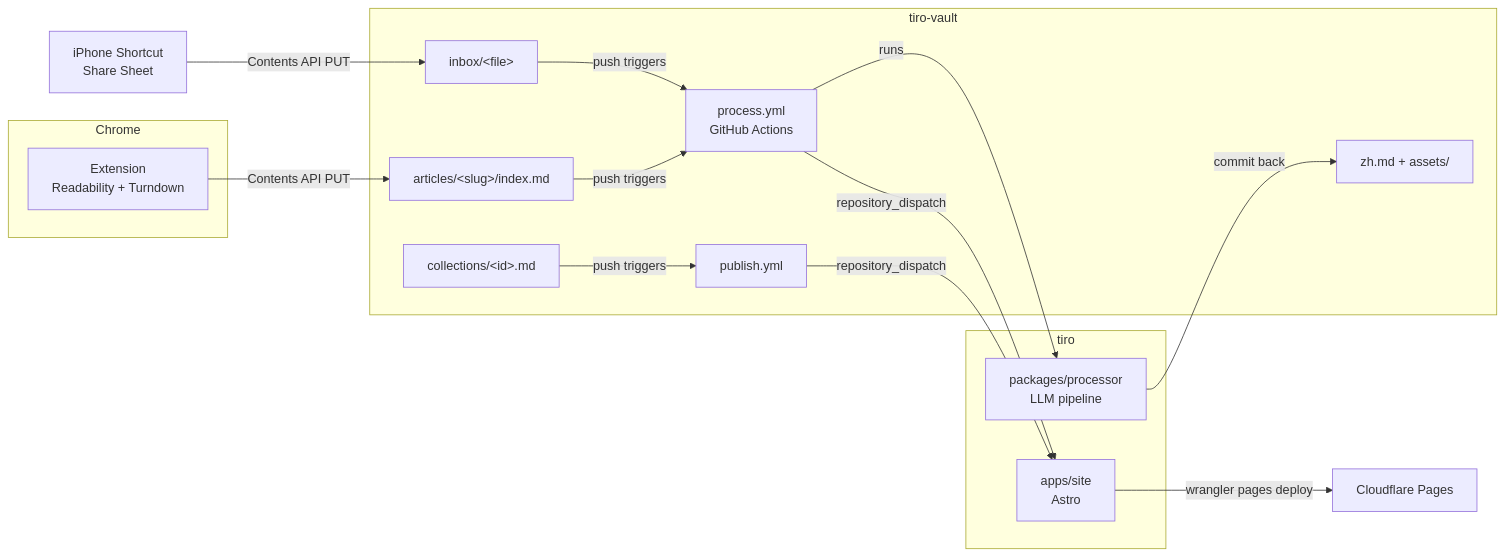
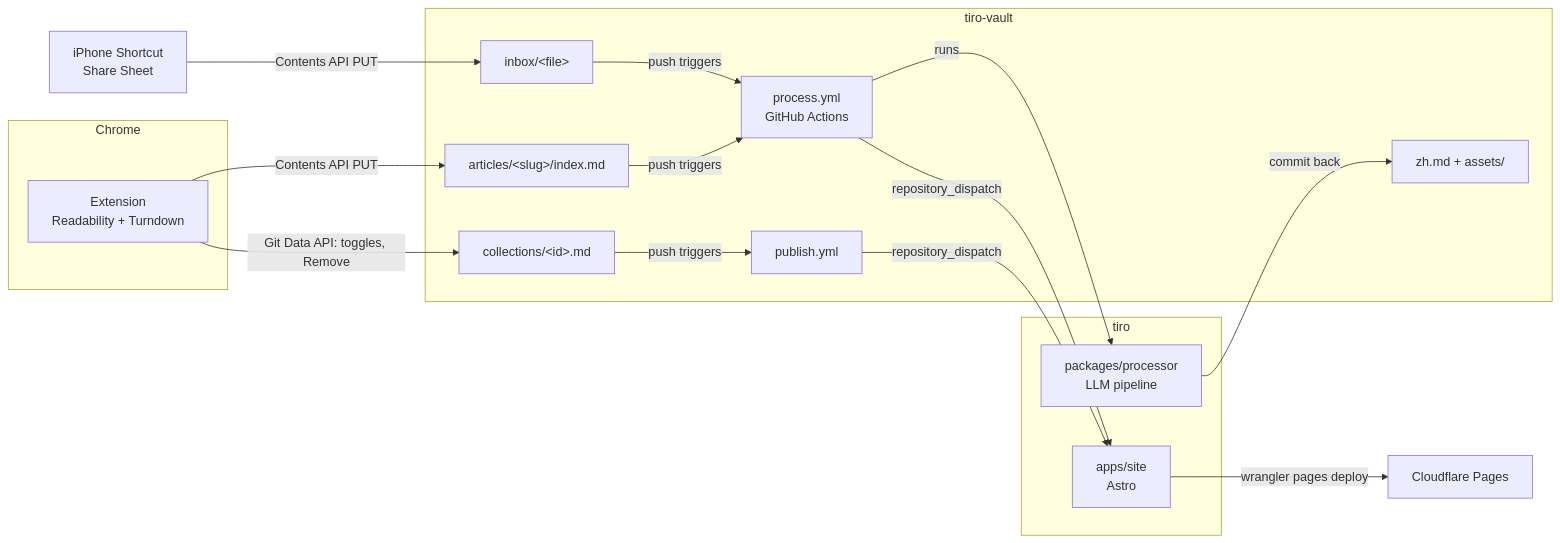
Before and after one commit to hutusi/tiro: the diagram in docs/architecture.md, drawn with Mermaid. The commit also changed other lines of this file and 18 other files, not shown here.

````diff
--- a/docs/architecture.md
+++ b/docs/architecture.md
@@ -6,31 +6,32 @@
 ```mermaid
 flowchart LR
     subgraph Chrome
         EXT[Extension\nReadability + Turndown]
     end
     PHONE[iPhone Shortcut\nShare Sheet]
     subgraph tiro-vault
         INBOX[inbox/&lt;file&gt;]
         MD[articles/&lt;slug&gt;/index.md]
         ZH[zh.md + assets/]
         WF[process.yml\nGitHub Actions]
         COL[collections/&lt;id&gt;.md]
         PUB[publish.yml]
     end
     subgraph tiro
         PROC[packages/processor\nLLM pipeline]
         SITE[apps/site\nAstro]
     end
     CF[Cloudflare Pages]
 
     EXT -- "Contents API PUT" --> MD
+    EXT -- "Git Data API: toggles, Remove" --> COL
     PHONE -- "Contents API PUT" --> INBOX
     INBOX -- "push triggers" --> WF
     MD -- "push triggers" --> WF
     WF -- "runs" --> PROC
     PROC -- "commit back" --> ZH
     WF -- "repository_dispatch" --> SITE
     COL -- "push triggers" --> PUB
     PUB -- "repository_dispatch" --> SITE
     SITE -- "wrangler pages deploy" --> CF
 ```
````
